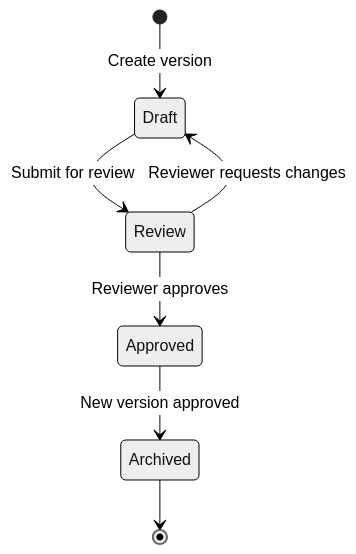
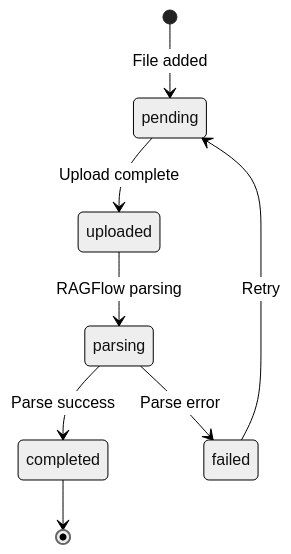
One commit to b-knowledge-solution/b-knowledge changed the third of 4 diagrams in docs/basic-design/database/database-design-projects.md. Above: the diagram before and after it, drawn with Mermaid (neutral theme). The commit also changed other lines of this file and 5 other files, not shown here.

First line of the commit message:
docs: update all 6 database design docs to match actual migration schema

````diff
--- a/docs/basic-design/database/database-design-projects.md
+++ b/docs/basic-design/database/database-design-projects.md
@@ -127,9 +181,10 @@
 ```mermaid
 stateDiagram-v2
-    [*] --> Draft: Create version
-    Draft --> Review: Submit for review
-    Review --> Approved: Reviewer approves
-    Review --> Draft: Reviewer requests changes
-    Approved --> Archived: New version approved
-    Archived --> [*]
+    [*] --> pending: File added
+    pending --> uploaded: Upload complete
+    uploaded --> parsing: RAGFlow parsing
+    parsing --> completed: Parse success
+    parsing --> failed: Parse error
+    failed --> pending: Retry
+    completed --> [*]
 ```
````
